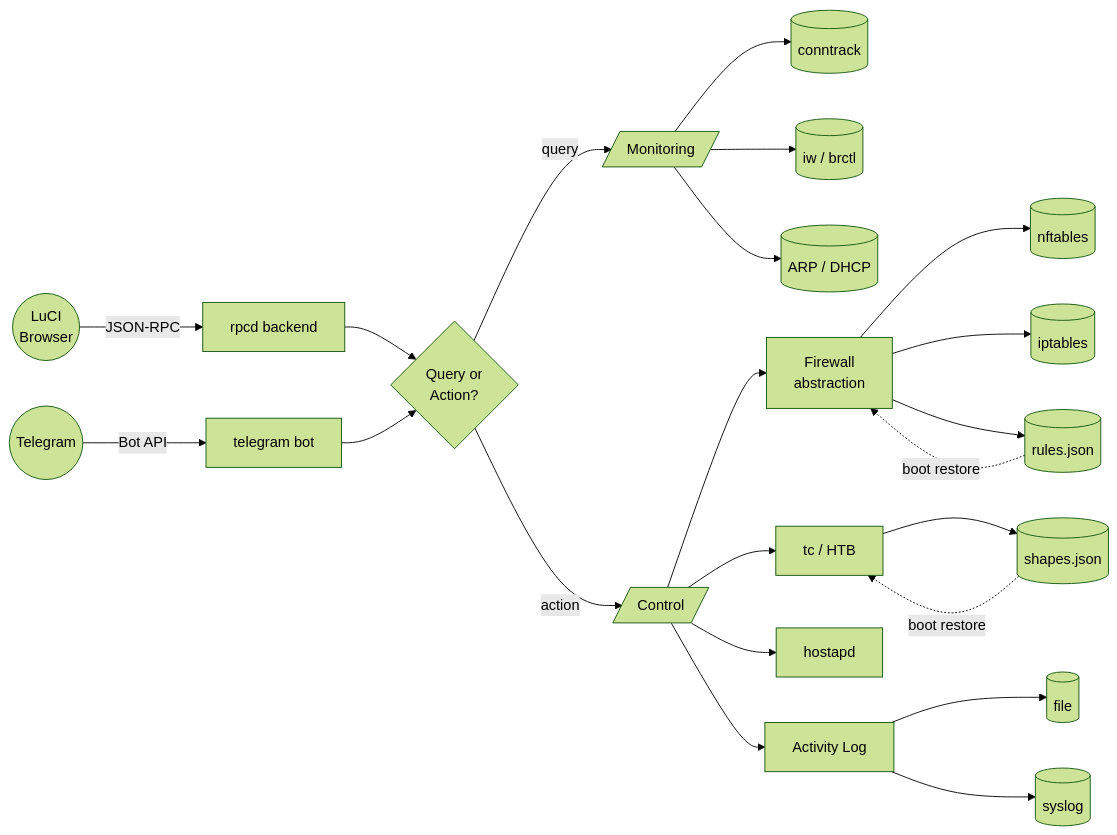
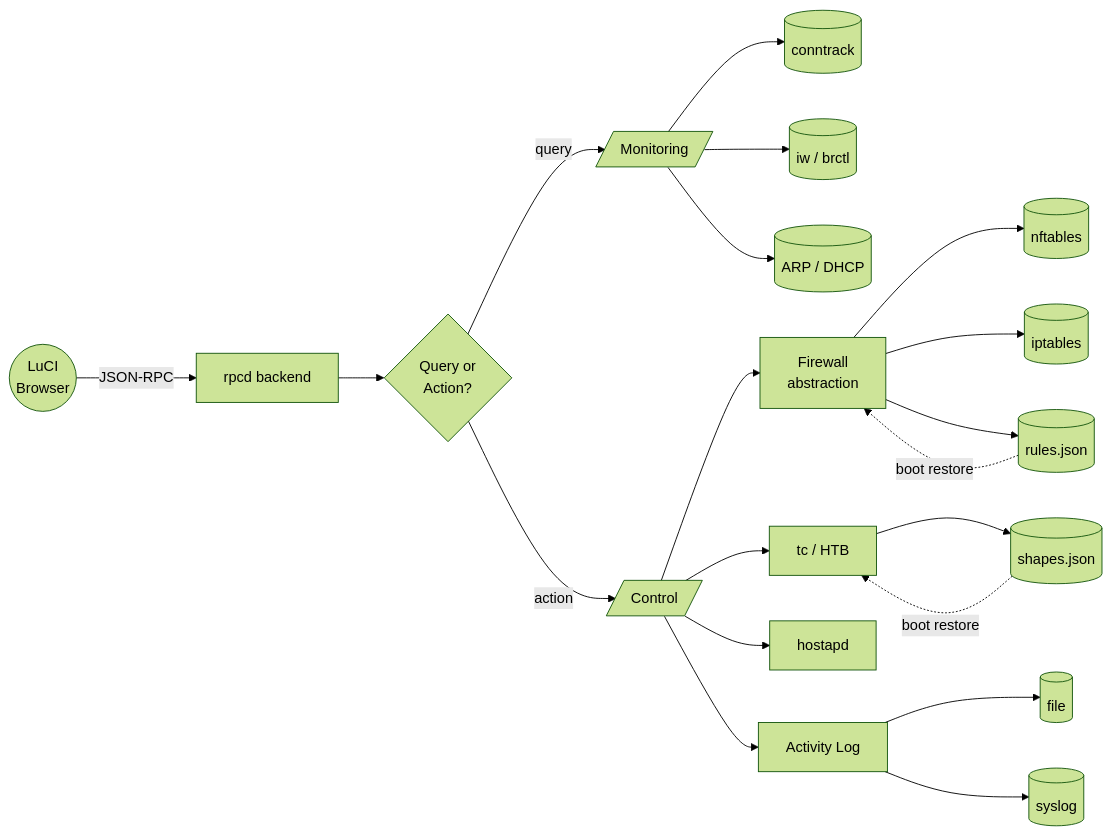
Before and after one commit to youridol/openwrt-build: the diagram in package/luci-app-trafficctl/README.md, drawn with Mermaid (forest theme). The commit also changed other lines of this file and 28 other files, not shown here.

````diff
--- a/package/luci-app-trafficctl/README.md
+++ b/package/luci-app-trafficctl/README.md
@@ -525,31 +502,29 @@
 ```mermaid
 flowchart LR
     A((LuCI\nBrowser)) -->|JSON-RPC| B[rpcd backend]
-    T((Telegram)) -->|Bot API| TG[telegram bot]
 
     B --> C{Query or\nAction?}
-    TG --> C
 
     C -->|query| D[/Monitoring/]
     C -->|action| E[/Control/]
 
     D --> F[(conntrack)]
     D --> G[(iw / brctl)]
     D --> N[(ARP / DHCP)]
 
     E --> H[Firewall\nabstraction]
     E --> I[tc / HTB]
     E --> J[hostapd]
 
     H --> K[(nftables)]
     H --> L[(iptables)]
 
     I --> M[(shapes.json)]
     H --> R[(rules.json)]
     M -.->|boot restore| I
     R -.->|boot restore| H
 
     E --> LOG[Activity Log]
     LOG --> S[(file)]
     LOG --> SL[(syslog)]
 ```
````
